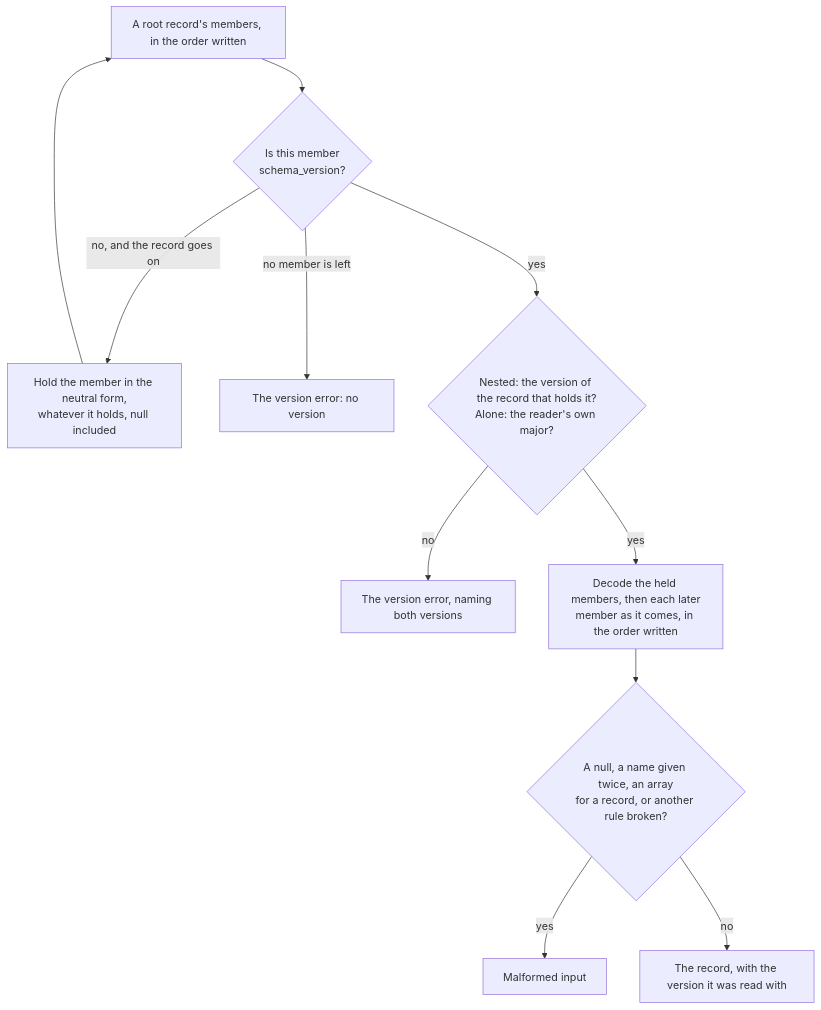
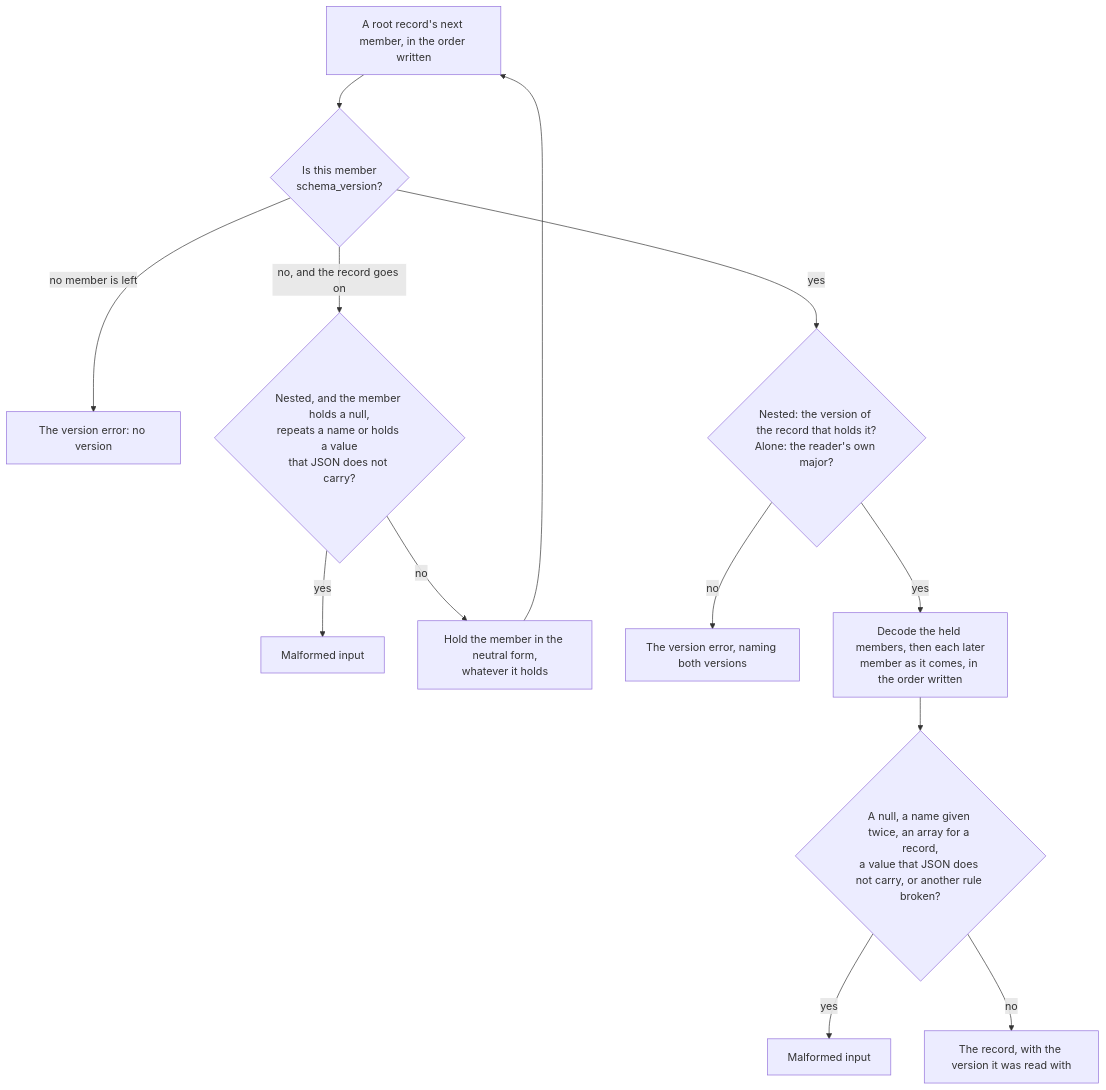
The diagram in docs/guide/json-output.md (caoccao/cc-media-probe), drawn with Mermaid before and after one commit. The commit also changed other lines of this file and 39 other files, not shown here.

````diff
--- a/docs/guide/json-output.md
+++ b/docs/guide/json-output.md
@@ -45,13 +45,15 @@
 ```mermaid
 flowchart TD
-  M["A root record's members, in the order written"] --> V{"Is this member<br/>schema_version?"}
-  V -->|"no, and the record goes on"| H["Hold the member in the neutral form,<br/>whatever it holds, null included"]
+  M["A root record's next member, in the order written"] --> V{"Is this member<br/>schema_version?"}
+  V -->|"no member is left"| E1["The version error: no version"]
+  V -->|"no, and the record goes on"| S{"Nested, and the member holds a null,<br/>repeats a name or holds a value<br/>that JSON does not carry?"}
+  S -->|yes| E0["Malformed input"]
+  S -->|no| H["Hold the member in the neutral form,<br/>whatever it holds"]
   H --> M
-  V -->|"no member is left"| E1["The version error: no version"]
   V -->|yes| C{"Nested: the version of the record that holds it?<br/>Alone: the reader's own major?"}
   C -->|no| E2["The version error, naming both versions"]
   C -->|yes| D["Decode the held members, then each later<br/>member as it comes, in the order written"]
-  D --> N{"A null, a name given twice, an array<br/>for a record, or another rule broken?"}
+  D --> N{"A null, a name given twice, an array for a record,<br/>a value that JSON does not carry, or another rule broken?"}
   N -->|yes| E3["Malformed input"]
   N -->|no| R["The record, with the version it was read with"]
 ```
````
